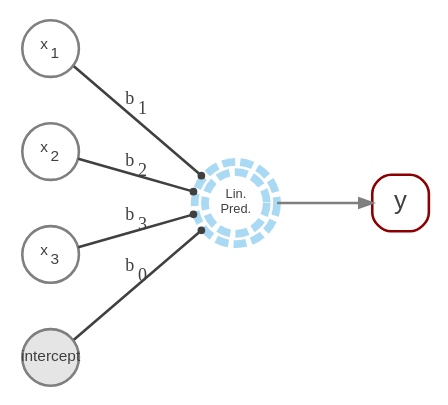
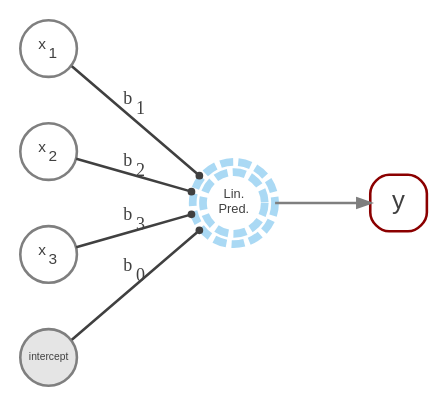
Before and after one commit to m-clark/book-of-models: the diagram in img/graphical_lm.dot, drawn with Graphviz. The commit also changed 22 other files, not shown here.

```diff
--- a/img/graphical_lm.dot
+++ b/img/graphical_lm.dot
@@ -1,25 +1,25 @@
 digraph DAG {
 
     graph [rankdir = LR bgcolor=transparent]
 
     node [shape = square, fontcolor=gray25 color=gray80]
 
     node [fontname="Helvetica" fontsize=6 fixedsize=true width=.3 shape=circle color=gray50]
     x1 [label=<x<sub>1</sub>>]; x2 [label=<x<sub>2</sub>>]; x3 [label=<x<sub>3</sub>>]; 
 
     node [fillcolor=gray90 style=filled fixedsize=true width=.4]
     lp [label = "Lin.\nPred." width=.33 color = "#56B4E980" shape=doublecircle style=dashed penwidth=3 fontsize = 5];
     
     node [fillcolor=gray90 style=filled fixedsize=true width=.4]
-    y; b0[label=intercept width=.3];
+    y; b0[label=intercept width=.3 fontsize=4];
 
     y [fixedsize=True fontsize =10 width=.3 color=darkred shape=square style=rounded];
 
     edge [color=gray50 style=filled arrowsize=.5 fontsize = 5 fontcolor=gray25]
     x1 -> lp [label=<b<sub>1</sub>> arrowhead="dot" arrowsize=0.25 minlen=1 fontsize=7 color=gray25]; 
     x2 -> lp [label=<b<sub>2</sub>> arrowhead="dot" arrowsize=0.25 minlen=1 fontsize=7 color=gray25]; 
     x3 -> lp [label=<b<sub>3</sub>> arrowhead="dot" arrowsize=0.25 minlen=1 fontsize=7 color=gray25];
     b0 -> lp [label=<b<sub>0</sub>> arrowhead="dot" arrowsize=0.25 minlen=1 fontsize=7 color=gray25];
 
     lp  -> y;
 }
```
